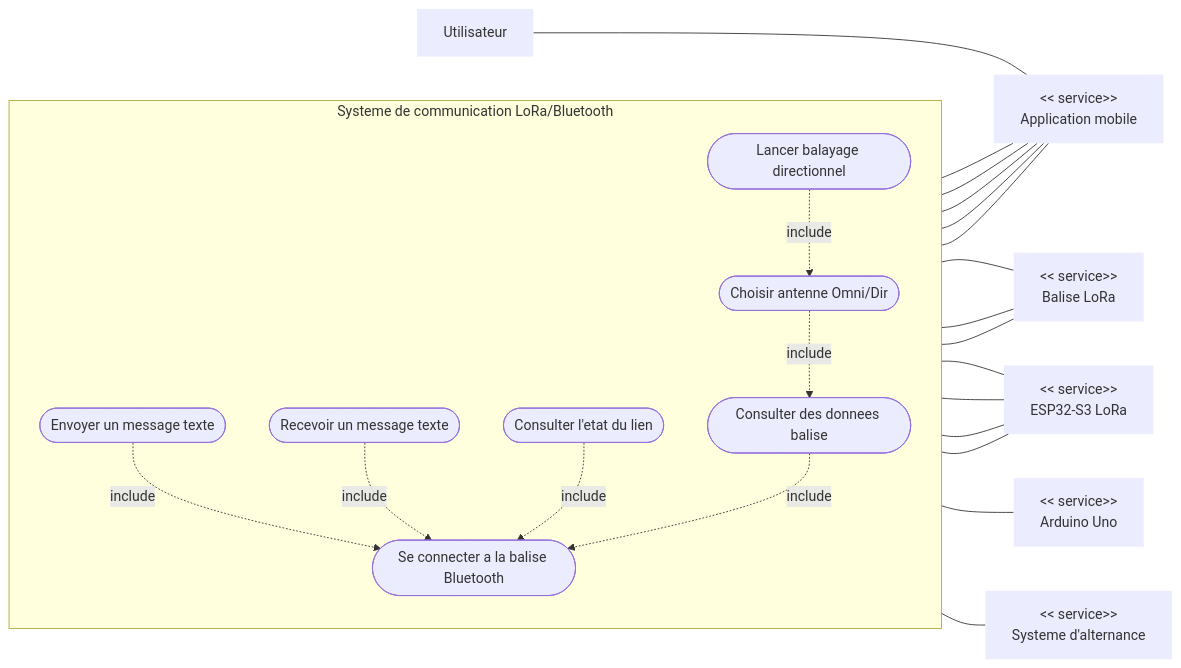
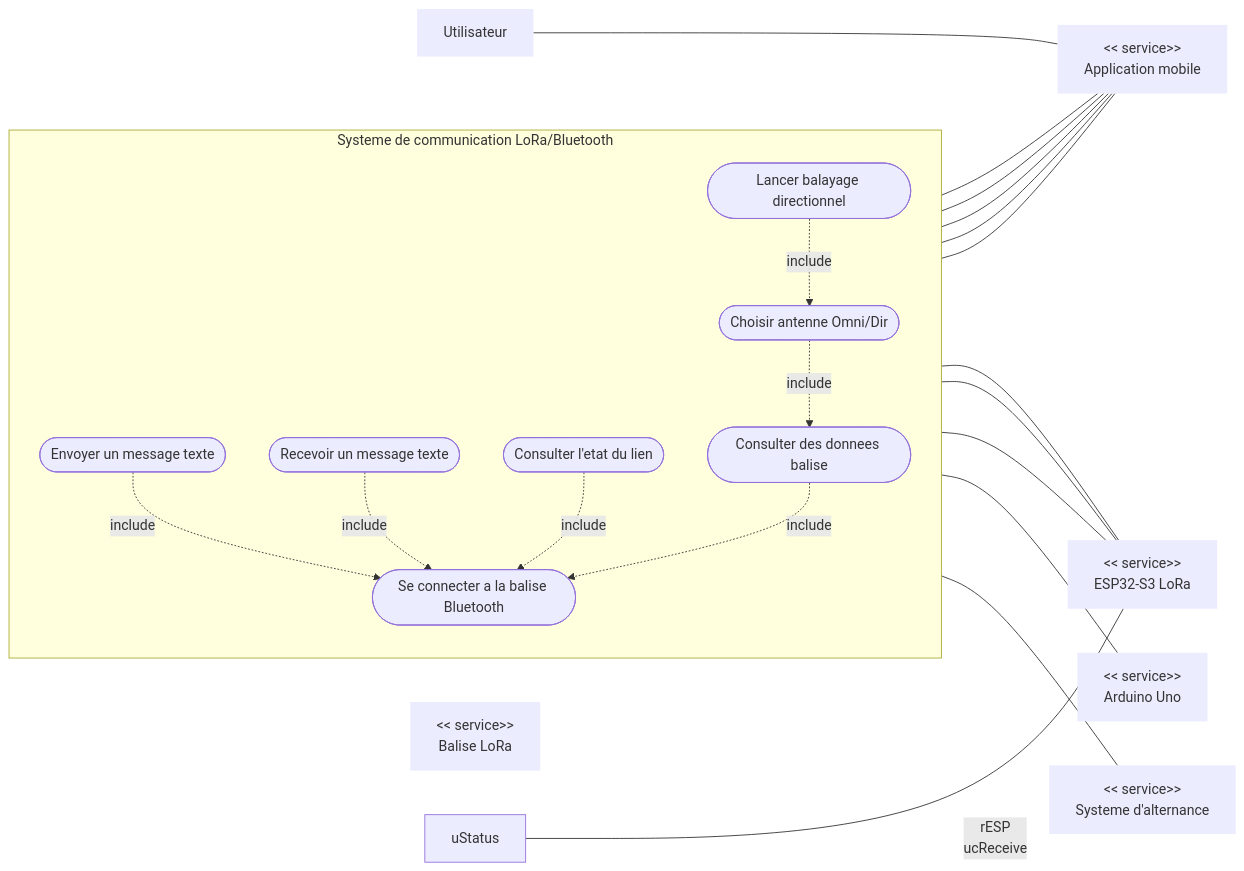
One commit to SHU445/Projet-LoRa-72h changed the first of 6 diagrams in Diagrammes_SysML_Projet_LoRa.md. Above: the diagram before and after it, drawn with Mermaid.

Commit message:
"USE_case_Modif_statusrESP"

````diff
--- a/Diagrammes_SysML_Projet_LoRa.md
+++ b/Diagrammes_SysML_Projet_LoRa.md
@@ -12,52 +12,51 @@
 ```mermaid
 flowchart LR
   rU["Utilisateur"]:::role
   rAPP["<< service>>\nApplication mobile"]:::role
   rBAL["<< service>>\nBalise LoRa"]:::role
   rESP["<< service>>\nESP32-S3 LoRa"]:::role
   rARD["<< service>>\nArduino Uno"]:::role
   rALT["<< service>>\nSysteme d'alternance"]:::role
 
   subgraph S["Systeme de communication LoRa/Bluetooth"]
     direction TB
     ucConnect([Se connecter a la balise Bluetooth])
     ucSend([Envoyer un message texte])
     ucReceive([Recevoir un message texte])
     ucStatus([Consulter l'etat du lien])
     ucData([Consulter des donnees balise])
     ucSelectAntenna([Choisir antenne Omni/Dir])
     ucScan([Lancer balayage directionnel])
 
     ucSend -. include .-> ucConnect
     ucReceive -. include .-> ucConnect
     ucStatus -. include .-> ucConnect
     ucData -. include .-> ucConnect
     ucSelectAntenna -. include .-> ucData
     ucScan -. include .-> ucSelectAntenna
   end
 
   rU --- rAPP
 
   ucConnect --- rAPP
   ucSend --- rAPP
   ucReceive --- rAPP
   ucStatus --- rAPP
   ucData --- rAPP
 
 
-  ucSend --- rBAL
-  ucReceive --- rBAL
-  ucStatus --- rBAL
+
 
 
   ucSend --- rESP
+  uStatus --rESP
   ucReceive --- rESP
   ucData --- rESP
   ucSelectAntenna --- rESP
 
 
   ucScan --- rARD
   ucSelectAntenna --- rALT
 
   classDef role stroke-width:0px;
 ```
````
